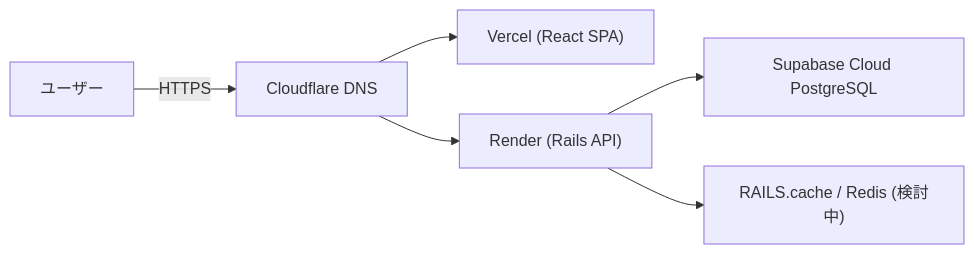
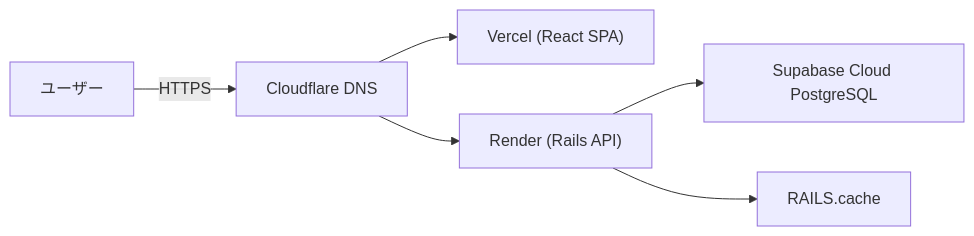
The first of 3 diagrams in README.md (iakito-dev/todays-cocktail), drawn with Mermaid before and after one commit.

Commit message:
Update cache section in README

````diff
--- a/README.md
+++ b/README.md
@@ -61,15 +61,15 @@
 ```mermaid
 flowchart LR
   user["ユーザー"]
   dns["Cloudflare DNS"]
   fe["Vercel (React SPA)"]
   api["Render (Rails API)"]
   db["Supabase Cloud PostgreSQL"]
-  cache["RAILS.cache / Redis (検討中)"]
+  cache["RAILS.cache"]
 
   user -->|HTTPS| dns
   dns --> fe
   dns --> api
   api --> db
   api --> cache
 ```
````
